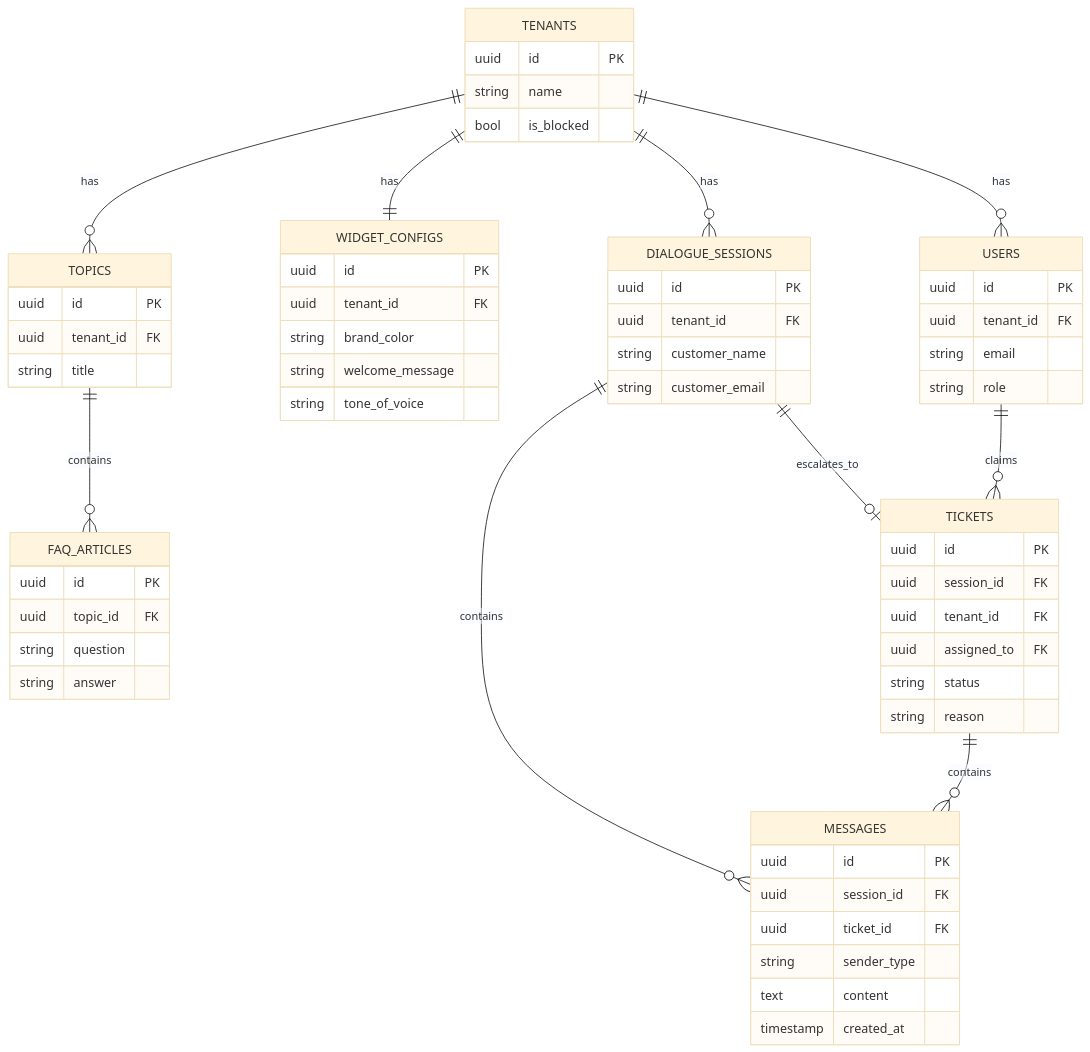
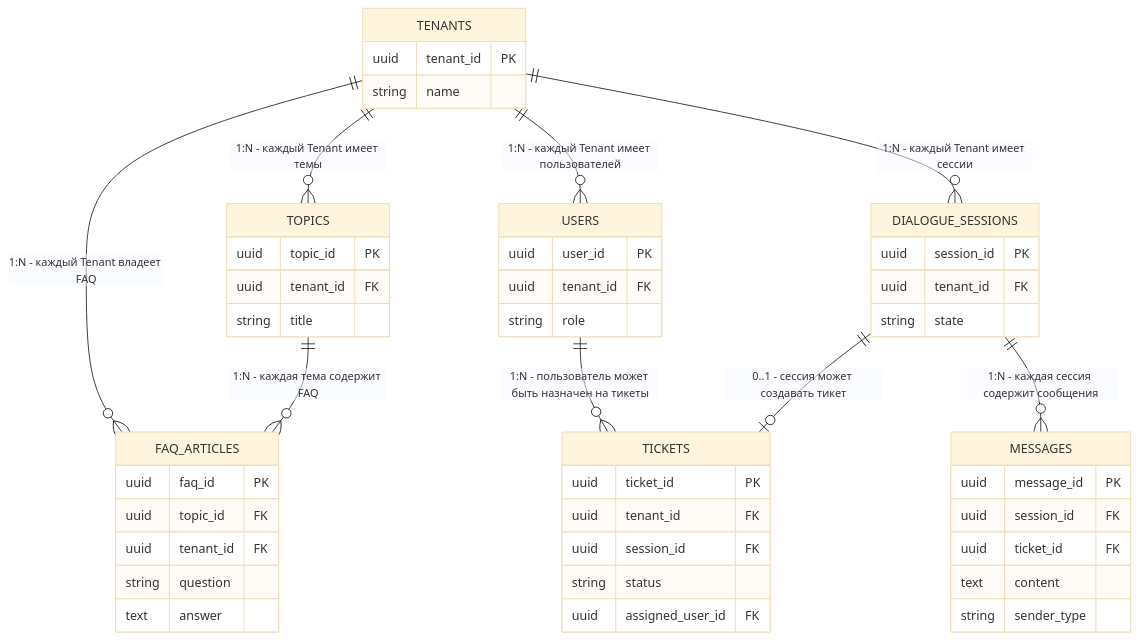
One commit to keshtoim/SupportPulse changed the second of 5 diagrams in README.md. Above: the diagram before and after it, drawn with Mermaid (base theme). The commit also changed other lines of this file, not shown here.

````diff
--- a/README.md
+++ b/README.md
@@ -92,64 +109,62 @@
 ```mermaid
 erDiagram
-    TENANTS ||--o{ USERS : has
-    TENANTS ||--|| WIDGET_CONFIGS : has
-    TENANTS ||--o{ TOPICS : has
-    TOPICS ||--o{ FAQ_ARTICLES : contains
-    TENANTS ||--o{ DIALOGUE_SESSIONS : has
-    DIALOGUE_SESSIONS ||--o| TICKETS : escalates_to
-    DIALOGUE_SESSIONS ||--o{ MESSAGES : contains
-    TICKETS ||--o{ MESSAGES : contains
-    USERS ||--o{ TICKETS : claims
+    TENANTS ||--o{ TOPICS : "1:N - каждый Tenant имеет темы"
+    TENANTS ||--o{ FAQ_ARTICLES : "1:N - каждый Tenant владеет FAQ"
+    TENANTS ||--o{ USERS : "1:N - каждый Tenant имеет пользователей"
+    TENANTS ||--o{ DIALOGUE_SESSIONS : "1:N - каждый Tenant имеет сессии"
 
     TENANTS {
-        uuid id PK
+        uuid tenant_id PK
         string name
-        bool is_blocked
     }
-    USERS {
-        uuid id PK
-        uuid tenant_id FK
-        string email
-        string role
-    }
-    WIDGET_CONFIGS {
-        uuid id PK
-        uuid tenant_id FK
-        string brand_color
-        string welcome_message
-        string tone_of_voice
-    }
+
     TOPICS {
-        uuid id PK
+        uuid topic_id PK
         uuid tenant_id FK
         string title
     }
+
     FAQ_ARTICLES {
-        uuid id PK
+        uuid faq_id PK
         uuid topic_id FK
+        uuid tenant_id FK
         string question
-        string answer
+        text answer
     }
+    
+    TOPICS ||--o{ FAQ_ARTICLES : "1:N - каждая тема содержит FAQ"
+
+    USERS {
+        uuid user_id PK
+        uuid tenant_id FK
+        string role
+    }
+
+    TICKETS {
+        uuid ticket_id PK
+        uuid tenant_id FK
+        uuid session_id FK
+        string status
+        uuid assigned_user_id FK
+    }
+
+    USERS ||--o{ TICKETS : "1:N - пользователь может быть назначен на тикеты"
+
     DIALOGUE_SESSIONS {
-        uuid id PK
+        uuid session_id PK
         uuid tenant_id FK
-        string customer_name
-        string customer_email
+        string state
     }
-    TICKETS {
-        uuid id PK
-        uuid session_id FK
-        uuid tenant_id FK
-        uuid assigned_to FK
-        string status
-        string reason
-    }
+    
+    DIALOGUE_SESSIONS ||--o| TICKETS : "0..1 - сессия может создавать тикет"
+
     MESSAGES {
-        uuid id PK
+        uuid message_id PK
         uuid session_id FK
         uuid ticket_id FK
+        text content
         string sender_type
-        text content
-        timestamp created_at
     }
+
+    DIALOGUE_SESSIONS ||--o{ MESSAGES : "1:N - каждая сессия содержит сообщения"
 ```
````
